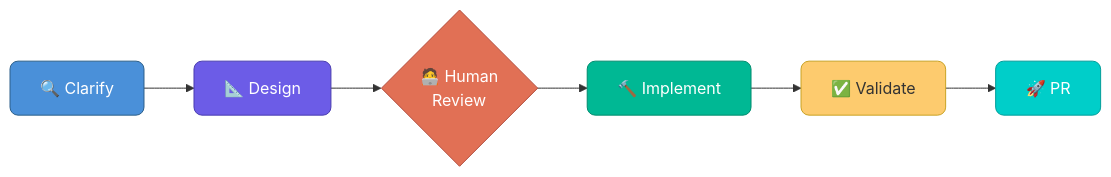
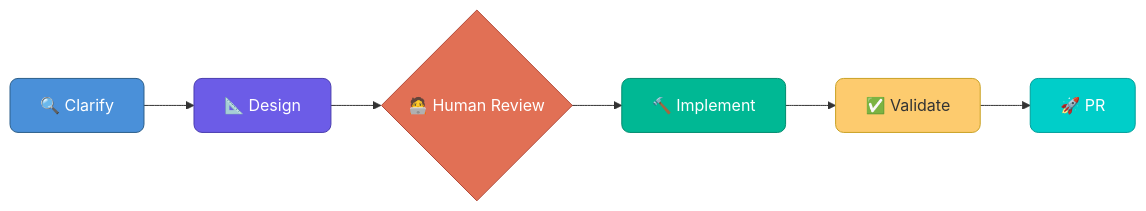
The diagram in README.md (hashi-demo-lab/terraform-agentic-workflows-demo08), drawn with Mermaid before and after one commit. The commit also changed other lines of this file and 1 other file, not shown here.

````diff
--- a/README.md
+++ b/README.md
@@ -12,12 +20,12 @@
 ```mermaid
 graph LR
-    A["🔍 Clarify"] --> B["📐 Design"] --> C{"🧑‍💻 Human\nReview"}
+    A["🔍 Clarify"] --> B["📐 Design"] --> C{"🧑‍💻 Human Review"}
     C --> D["🔨 Implement"] --> E["✅ Validate"] --> F["🚀 PR"]
 
     style A fill:#4a90d9,stroke:#2c5f8a,color:#fff,rx:8
     style B fill:#6c5ce7,stroke:#4a3db0,color:#fff,rx:8
     style C fill:#e17055,stroke:#b34a3a,color:#fff
     style D fill:#00b894,stroke:#008c6e,color:#fff,rx:8
     style E fill:#fdcb6e,stroke:#c9a224,color:#333,rx:8
     style F fill:#00cec9,stroke:#009e9a,color:#fff,rx:8
 ```
````
